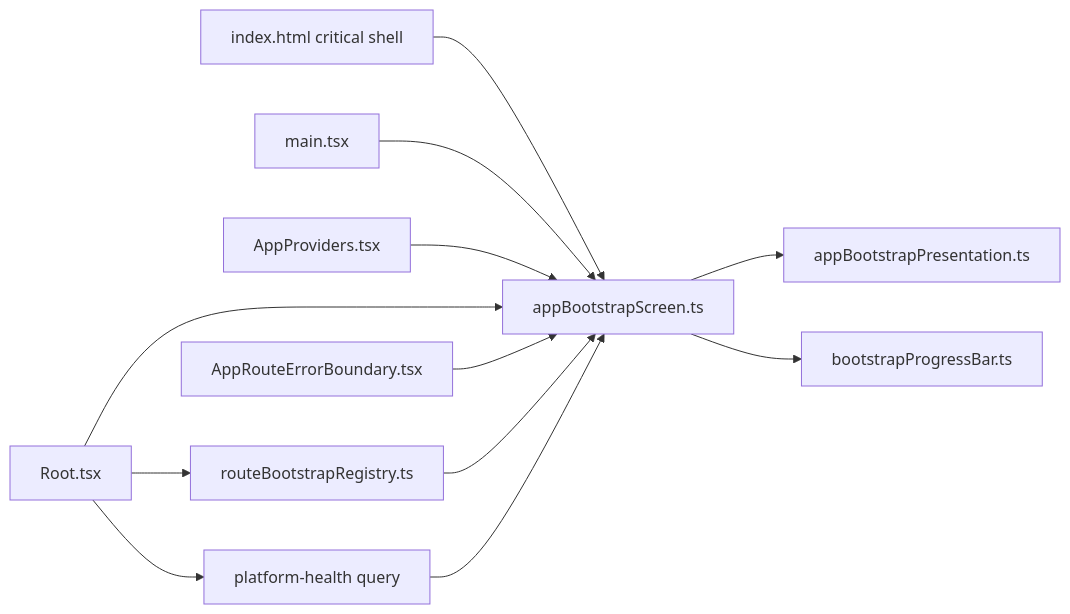
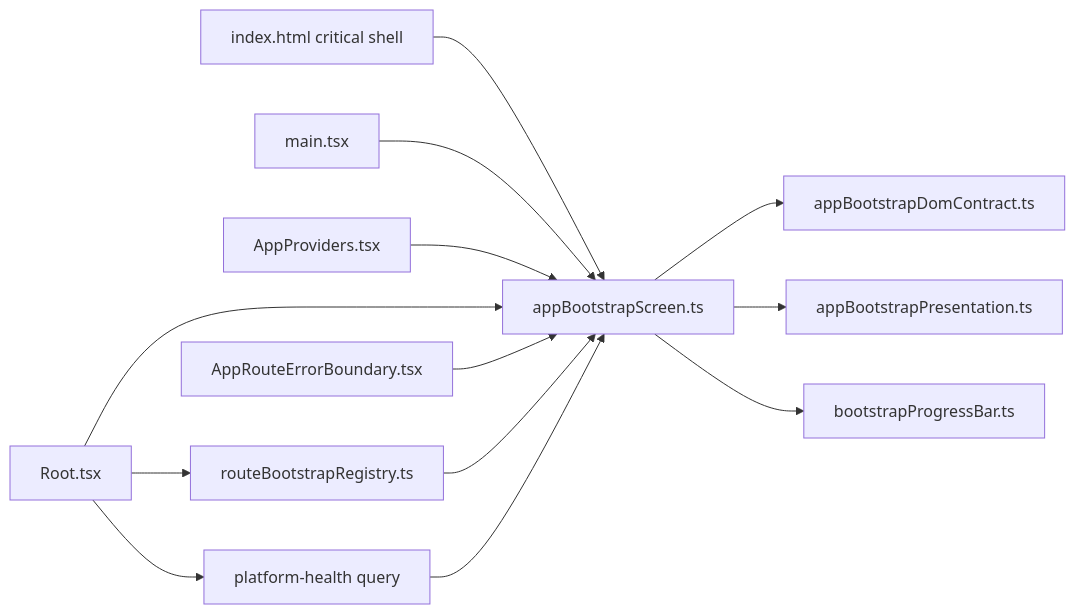
Before and after one commit to dunay2/dvt: the third of 3 diagrams in docs/architecture/components/web/app-bootstrap-screen-component.md, drawn with Mermaid. The commit also changed other lines of this file and 5 other files, not shown here.

Commit message:
refactor(web): Centralize bootstrap DOM contract

````diff
--- a/docs/architecture/components/web/app-bootstrap-screen-component.md
+++ b/docs/architecture/components/web/app-bootstrap-screen-component.md
@@ -108,14 +111,15 @@
 ```mermaid
 flowchart LR
   Html["index.html critical shell"] --> Bootstrap["appBootstrapScreen.ts"]
   Main["main.tsx"] --> Bootstrap
   Providers["AppProviders.tsx"] --> Bootstrap
   Root["Root.tsx"] --> Bootstrap
   RouteErrors["AppRouteErrorBoundary.tsx"] --> Bootstrap
+  Bootstrap --> DomContract["appBootstrapDomContract.ts"]
   Bootstrap --> Presentation["appBootstrapPresentation.ts"]
   Root --> RouteBootstrap["routeBootstrapRegistry.ts"]
   Root --> Health["platform-health query"]
   RouteBootstrap --> Bootstrap
   Health --> Bootstrap
   Bootstrap --> Progress["bootstrapProgressBar.ts"]
 ```
````
